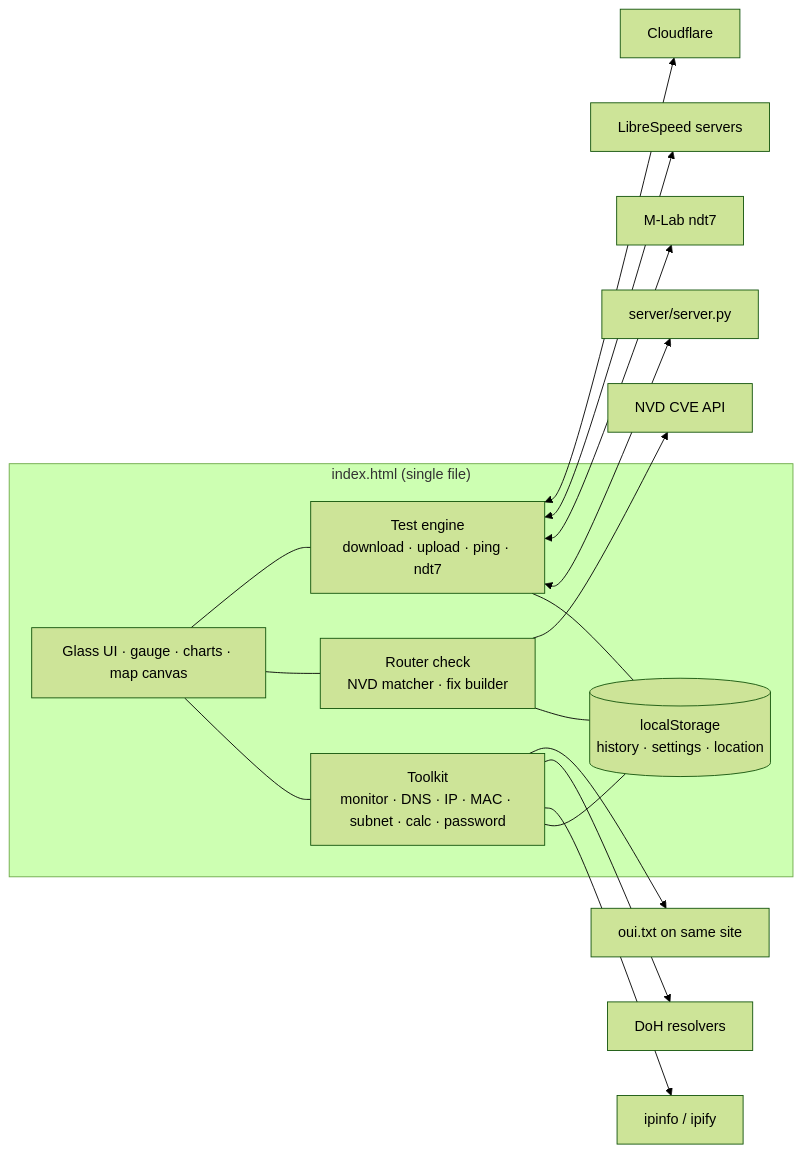
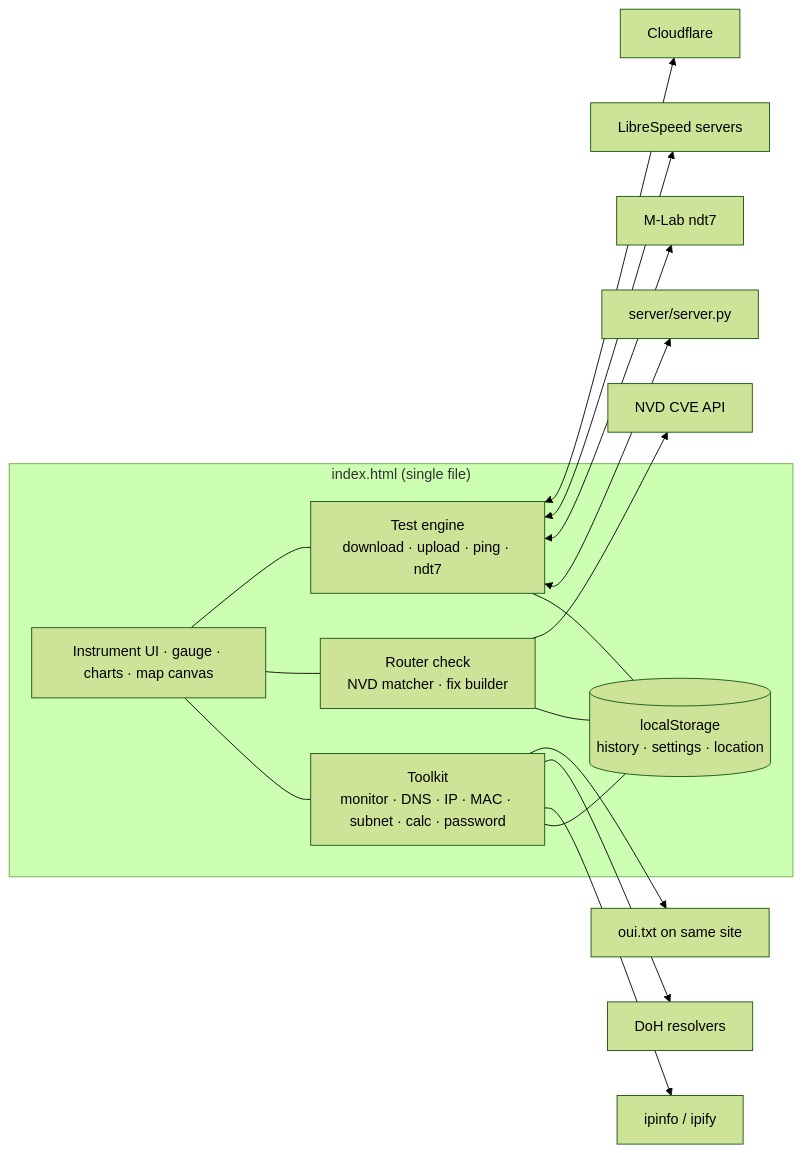
Before and after one commit to jsankr/Speedtest: the third of 3 diagrams in README.md, drawn with Mermaid (forest theme). The commit also changed other lines of this file and 26 other files, not shown here.

````diff
--- a/README.md
+++ b/README.md
@@ -362,20 +362,20 @@
 ```mermaid
 flowchart LR
     subgraph Browser["index.html (single file)"]
-        UI[Glass UI · gauge · charts · map canvas]
+        UI[Instrument UI · gauge · charts · map canvas]
         ENG[Test engine<br/>download · upload · ping · ndt7]
         RT[Router check<br/>NVD matcher · fix builder]
         TK[Toolkit<br/>monitor · DNS · IP · MAC · subnet · calc · password]
         ST[(localStorage<br/>history · settings · location)]
     end
     ENG <--> CF[Cloudflare]
     ENG <--> LS[LibreSpeed servers]
     ENG <--> ML[M-Lab ndt7]
     ENG <--> OWN[server/server.py]
     RT --> NVD[NVD CVE API]
     TK --> OUI[oui.txt on same site]
     TK --> DOH[DoH resolvers]
     TK --> IPI[ipinfo / ipify]
     UI --- ENG & RT & TK
     ENG & RT & TK --- ST
 ```
````
